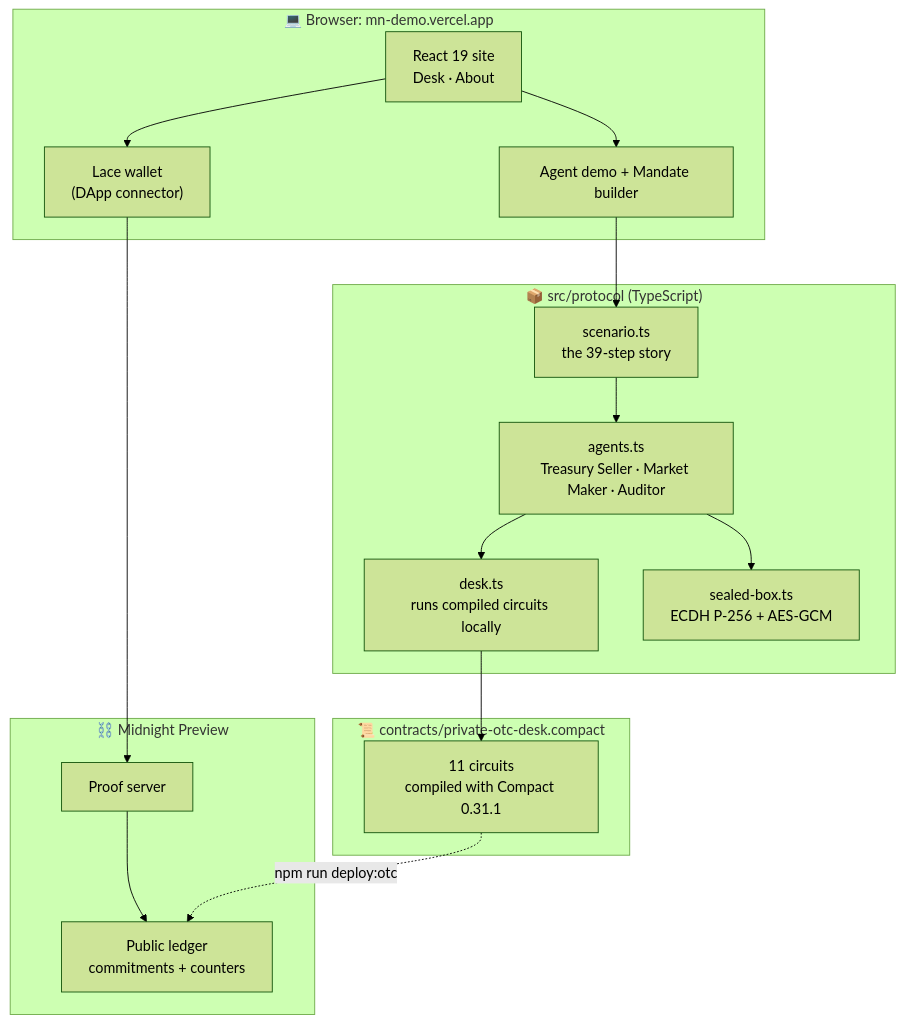
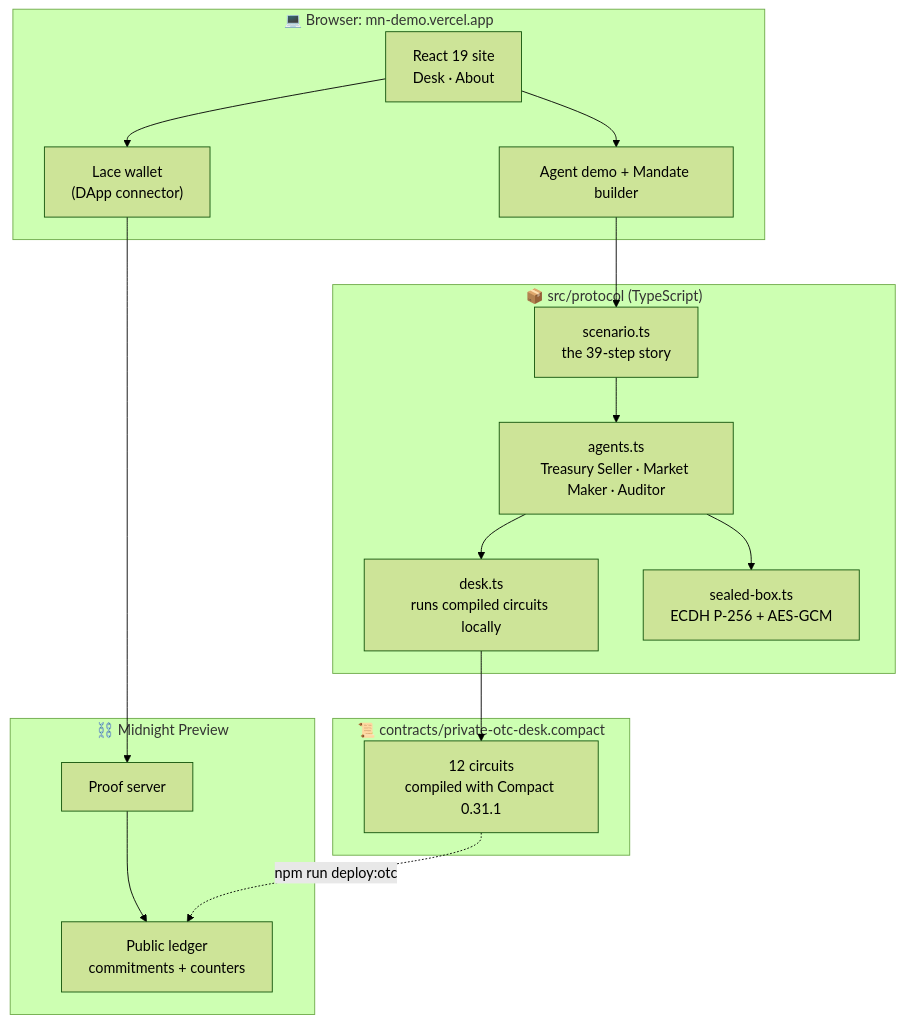
The seventh of 10 diagrams in README.md (avishrakshe/Private-OTC-Agent-Desk-On-Midnight-), drawn with Mermaid (forest theme) before and after one commit. The commit also changed other lines of this file and 106 other files, not shown here.

````diff
--- a/README.md
+++ b/README.md
@@ -262,30 +292,30 @@
 ```mermaid
 flowchart TB
     subgraph Browser["💻 Browser: mn-demo.vercel.app"]
         UI["React 19 site<br/>Desk · About"]
         AG["Agent demo + Mandate builder"]
         LC["Lace wallet<br/>(DApp connector)"]
     end
 
     subgraph Protocol["📦 src/protocol (TypeScript)"]
         AGENTS["agents.ts<br/>Treasury Seller · Market Maker · Auditor"]
         DESK["desk.ts<br/>runs compiled circuits locally"]
         BOX["sealed-box.ts<br/>ECDH P-256 + AES-GCM"]
         SCEN["scenario.ts<br/>the 39-step story"]
     end
 
     subgraph Contract["📜 contracts/private-otc-desk.compact"]
-        CIR["11 circuits<br/>compiled with Compact 0.31.1"]
+        CIR["12 circuits<br/>compiled with Compact 0.31.1"]
     end
 
     subgraph Midnight["⛓️ Midnight Preview"]
         PS["Proof server"]
         L["Public ledger<br/>commitments + counters"]
     end
 
     UI --> AG --> SCEN --> AGENTS
     AGENTS --> DESK --> CIR
     AGENTS --> BOX
     UI --> LC --> PS --> L
     CIR -. "npm run deploy:otc" .-> L
 ```
````
